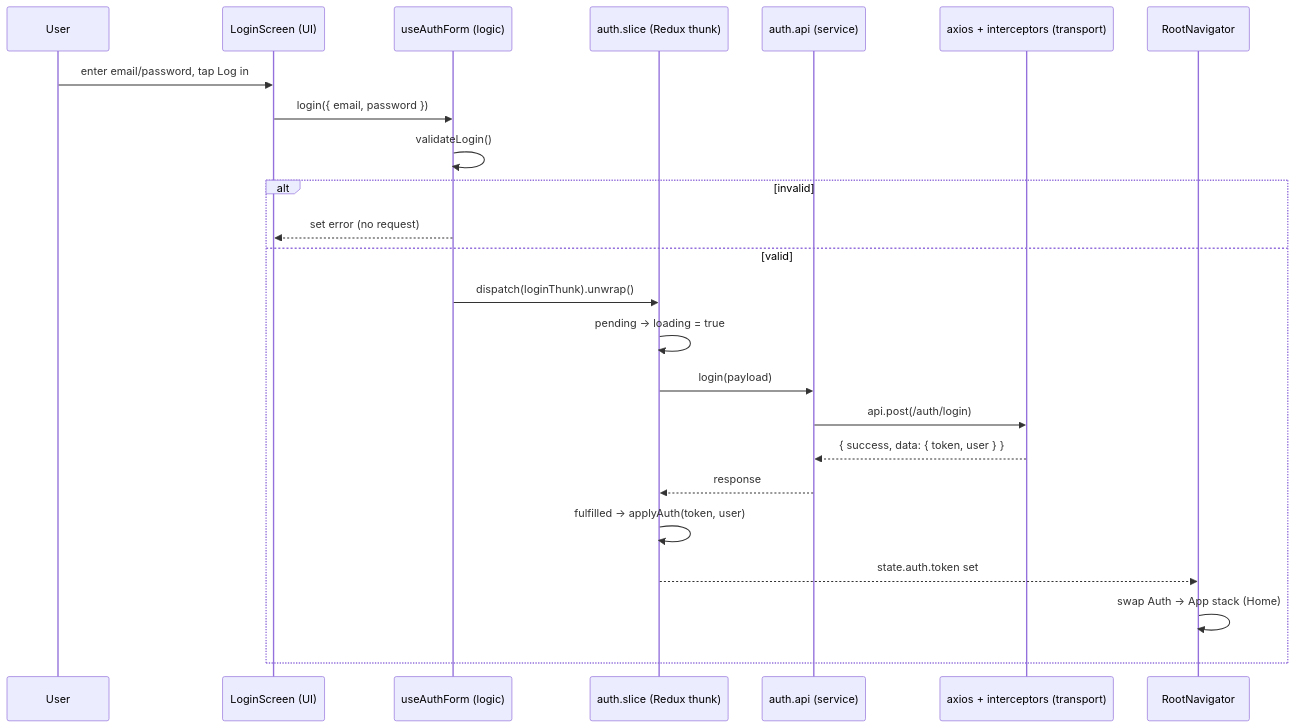
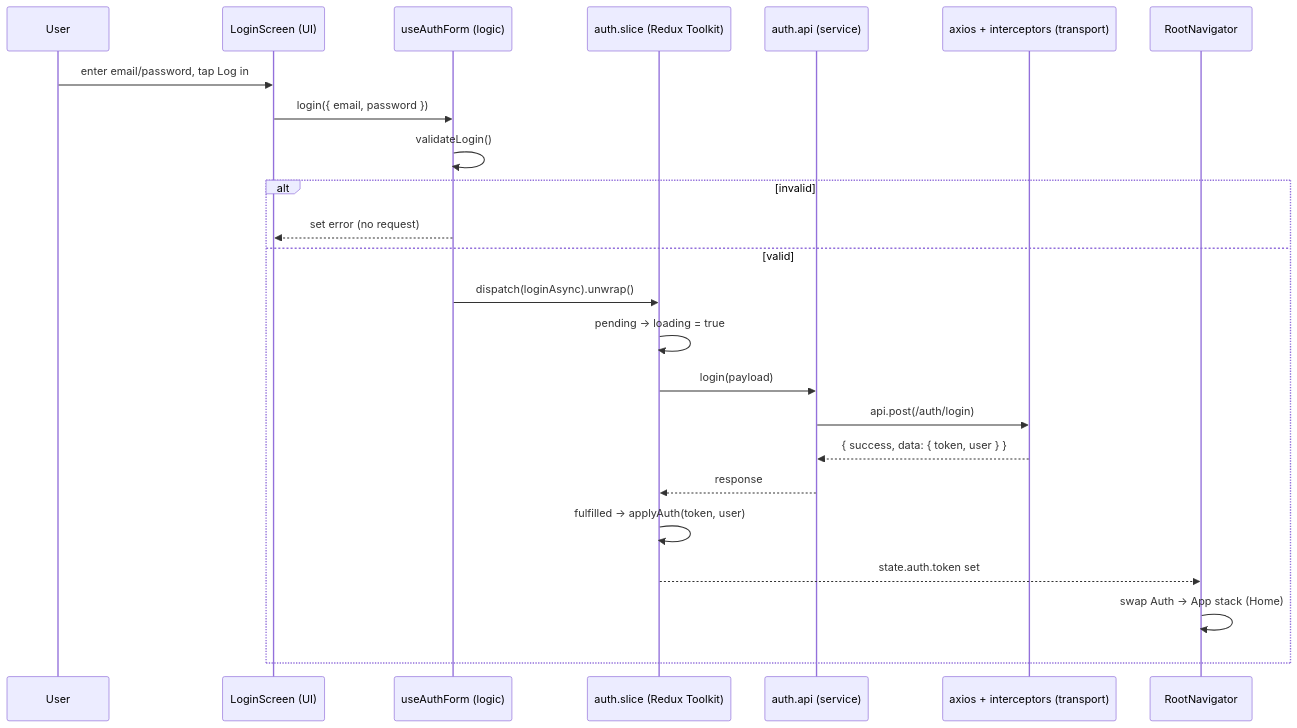
One commit to sPRajapati/CKPC-React-Native-Architecture changed the diagram in docs/ARCHITECTURE.md. Above: the diagram before and after it, drawn with Mermaid. The commit also changed other lines of this file and 10 other files, not shown here.

````diff
--- a/docs/ARCHITECTURE.md
+++ b/docs/ARCHITECTURE.md
@@ -142,27 +142,27 @@
 ```mermaid
 sequenceDiagram
     participant U as User
     participant S as LoginScreen (UI)
     participant H as useAuthForm (logic)
-    participant R as auth.slice (Redux thunk)
+    participant R as auth.slice (Redux Toolkit)
     participant A as auth.api (service)
     participant X as axios + interceptors (transport)
     participant N as RootNavigator
 
     U->>S: enter email/password, tap Log in
     S->>H: login({ email, password })
     H->>H: validateLogin()
     alt invalid
         H-->>S: set error (no request)
     else valid
-        H->>R: dispatch(loginThunk).unwrap()
+        H->>R: dispatch(loginAsync).unwrap()
         R->>R: pending → loading = true
         R->>A: login(payload)
         A->>X: api.post(/auth/login)
         X-->>A: { success, data: { token, user } }
         A-->>R: response
         R->>R: fulfilled → applyAuth(token, user)
         R-->>N: state.auth.token set
         N->>N: swap Auth → App stack (Home)
     end
 ```
````
